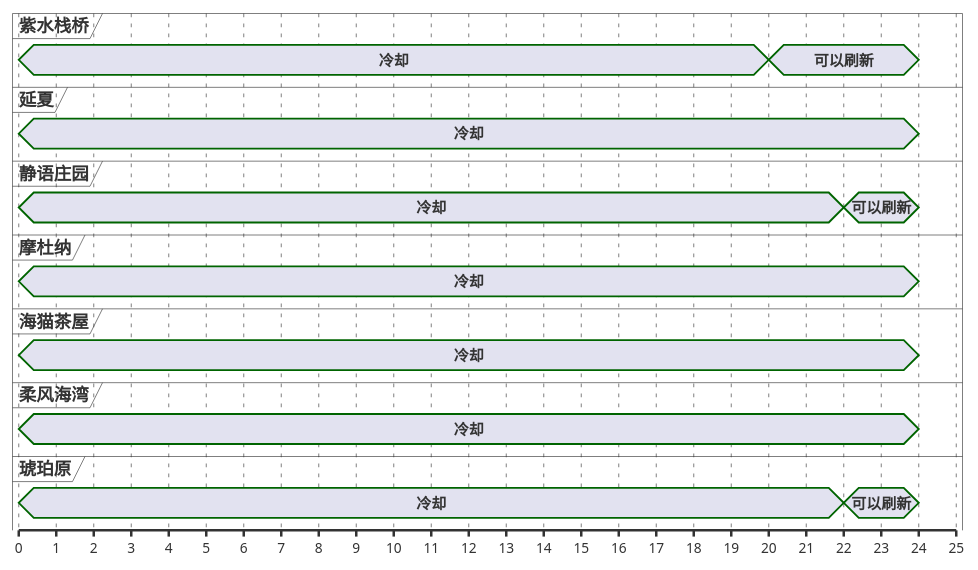
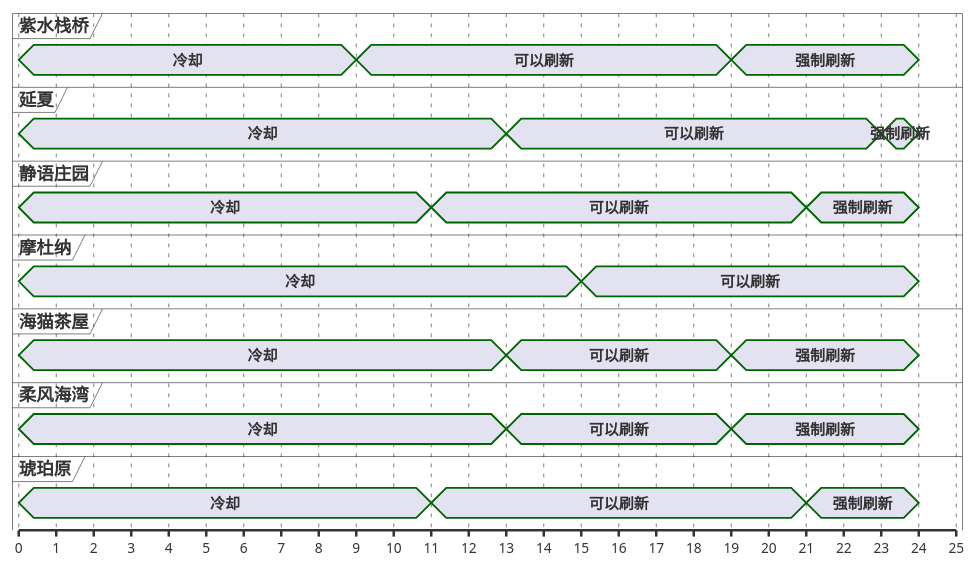
The third of 13 diagrams in ffxiv/hunt/2.0/Bonnacon.md (Eroleice/doc-pi), drawn with PlantUML before and after one commit. The commit also changed other lines of this file and 38 other files, not shown here.

````diff
--- a/ffxiv/hunt/2.0/Bonnacon.md
+++ b/ffxiv/hunt/2.0/Bonnacon.md
@@ -139,45 +164,55 @@
 ```plantuml
 @startuml
 scale 1 as 30 pixels
 
 concise 紫水栈桥
 concise 延夏
 concise 静语庄园
 concise 摩杜纳
 concise 海猫茶屋
 concise 柔风海湾
 concise 琥珀原
 
 @紫水栈桥
 0 is 冷却
-20 is 可以刷新
+9 is 可以刷新
+19 is 强制刷新
 24 is {hidden}
 
 @海猫茶屋
 0 is 冷却
+13 is 可以刷新
+19 is 强制刷新
 24 is {hidden}
 
 @柔风海湾
 0 is 冷却
+13 is 可以刷新
+19 is 强制刷新
 24 is {hidden}
 
 @静语庄园
 0 is 冷却
-22 is 可以刷新
+11 is 可以刷新
+21 is 强制刷新
 24 is {hidden}
 
 @琥珀原
 0 is 冷却
-22 is 可以刷新
+11 is 可以刷新
+21 is 强制刷新
 24 is {hidden}
 
 @延夏
 0 is 冷却
+13 is 可以刷新
+23 is 强制刷新
 24 is {hidden}
 
 @摩杜纳
 0 is 冷却
+15 is 可以刷新
 24 is {hidden}
 
 @enduml
 ```
````
